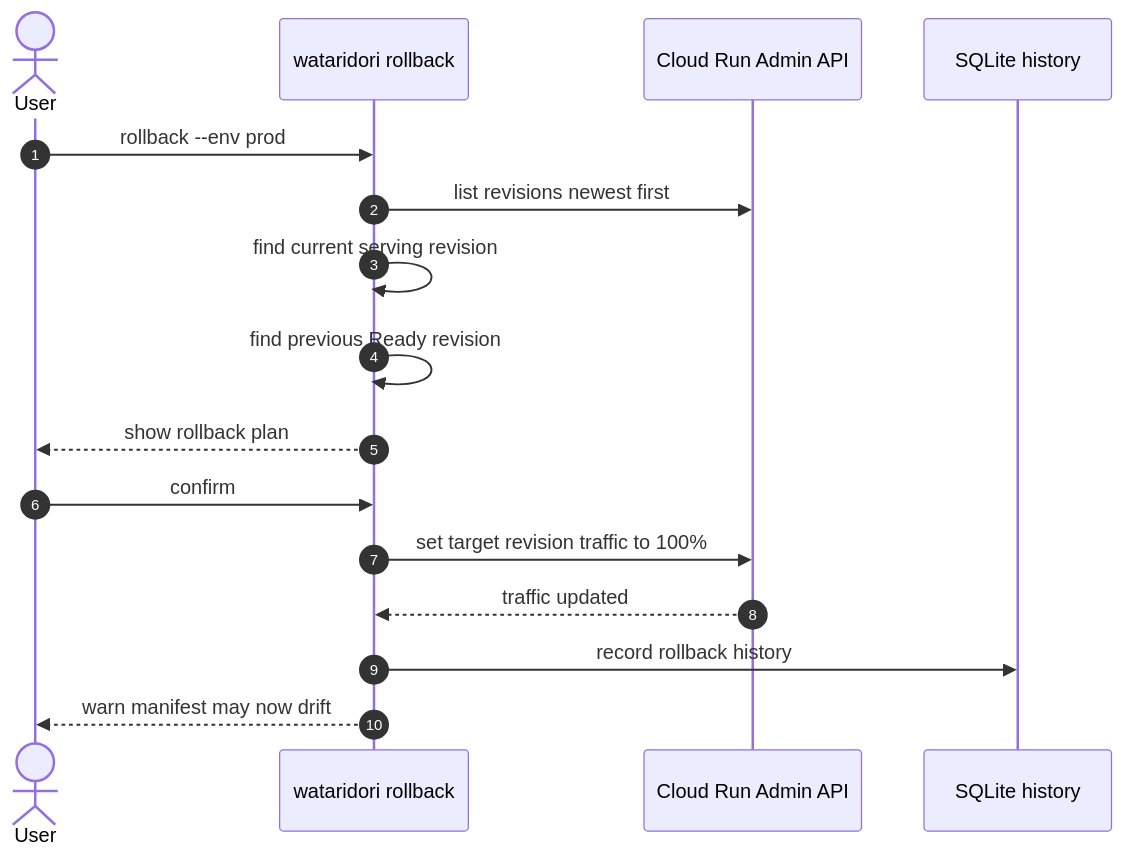
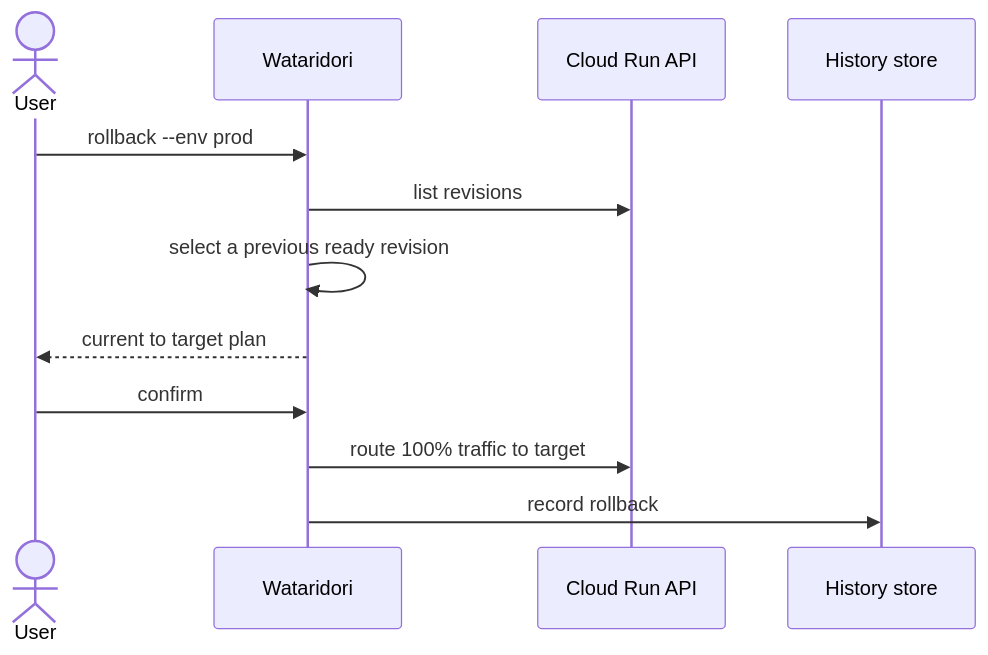
The fifth of 7 diagrams in docs/system-flow.md (Retr0413/wataridori), drawn with Mermaid before and after one commit. The commit also changed other lines of this file and 15 other files, not shown here.

````diff
--- a/docs/system-flow.md
+++ b/docs/system-flow.md
@@ -192,19 +115,15 @@
 ```mermaid
 sequenceDiagram
-    autonumber
     actor User
-    participant CLI as wataridori rollback
-    participant CR as Cloud Run Admin API
-    participant DB as SQLite history
+    participant W as Wataridori
+    participant Run as Cloud Run API
+    participant Store as History store
 
-    User->>CLI: rollback --env prod
-    CLI->>CR: list revisions newest first
-    CLI->>CLI: find current serving revision
-    CLI->>CLI: find previous Ready revision
-    CLI-->>User: show rollback plan
-    User->>CLI: confirm
-    CLI->>CR: set target revision traffic to 100%
-    CR-->>CLI: traffic updated
-    CLI->>DB: record rollback history
-    CLI-->>User: warn manifest may now drift
+    User->>W: rollback --env prod
+    W->>Run: list revisions
+    W->>W: select a previous ready revision
+    W-->>User: current to target plan
+    User->>W: confirm
+    W->>Run: route 100% traffic to target
+    W->>Store: record rollback
 ```
````
